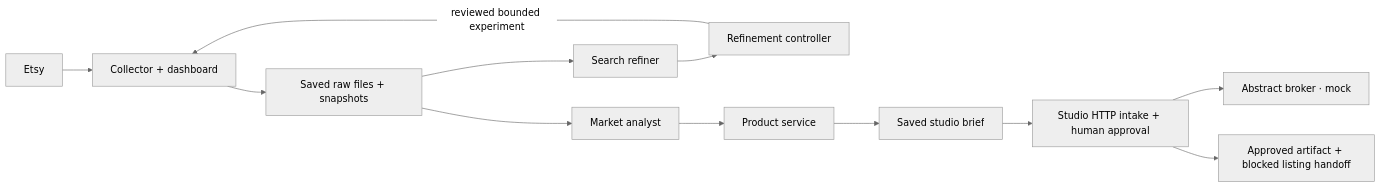
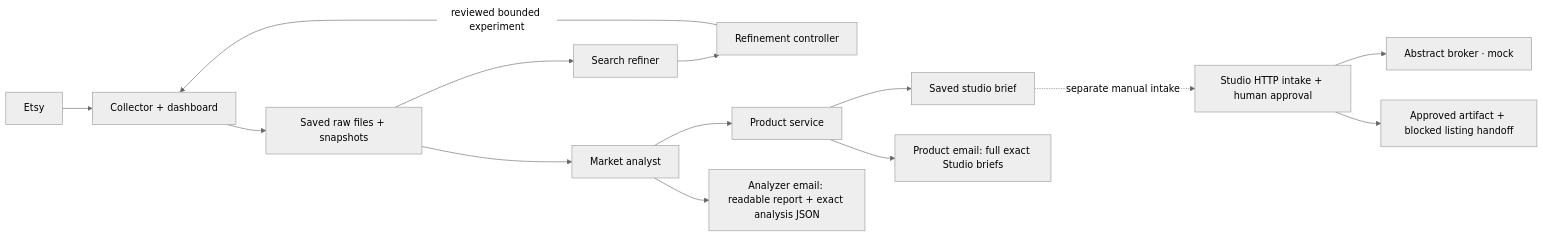
One commit to QWdlbnRTbWl0aA/market-pipeline changed the diagram in README.md. Above: the diagram before and after it, drawn with Mermaid (neutral theme). The commit also changed other lines of this file and 40 other files, not shown here.

Commit message:
Add Studio batch feedback and durable Analyzer/Product mail

````diff
--- a/README.md
+++ b/README.md
@@ -14,14 +16,16 @@
 ```mermaid
 flowchart LR
   E[Etsy] --> C[Collector + dashboard]
   C --> F[Saved raw files + snapshots]
   F --> R[Search refiner]
   F --> M[Market analyst]
   R --> Q[Refinement controller]
   Q -->|reviewed bounded experiment| C
   M --> P[Product service]
+  M --> ME[Analyzer email: readable report + exact analysis JSON]
   P --> O[Saved studio brief]
-  O --> S[Studio HTTP intake + human approval]
+  P --> PE[Product email: full exact Studio briefs]
+  O -.->|separate manual intake| S[Studio HTTP intake + human approval]
   S --> B[Abstract broker · mock]
   S --> A[Approved artifact + blocked listing handoff]
 ```
````
